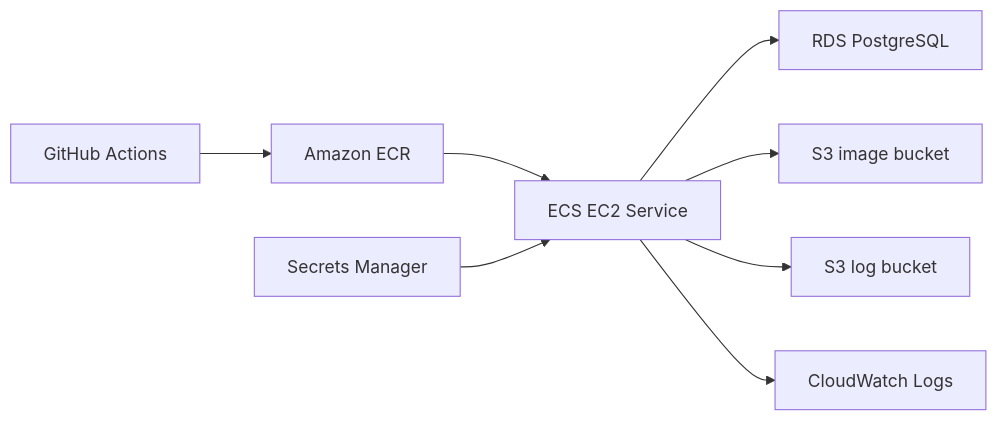
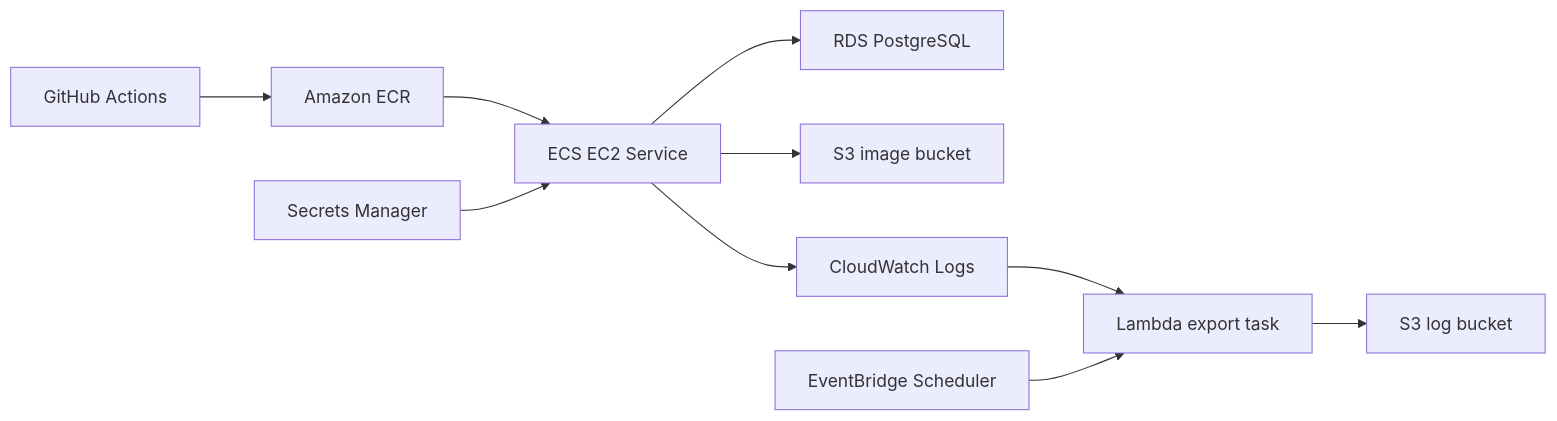
Before and after one commit to sprint-sb09-part03-team02/sb09-deokhugam-team02: the diagram in deokhugam/docs/AWS_DEPLOYMENT.md, drawn with Mermaid. The commit also changed other lines of this file and 12 other files, not shown here.

````diff
--- a/deokhugam/docs/AWS_DEPLOYMENT.md
+++ b/deokhugam/docs/AWS_DEPLOYMENT.md
@@ -7,10 +7,12 @@
 ```mermaid
 flowchart LR
   GH["GitHub Actions"] --> ECR["Amazon ECR"]
   ECR --> ECS["ECS EC2 Service"]
   ECS --> RDS["RDS PostgreSQL"]
   ECS --> S3IMG["S3 image bucket"]
-  ECS --> S3LOG["S3 log bucket"]
   ECS --> CW["CloudWatch Logs"]
+  CW --> LAMBDA["Lambda export task"]
+  EVENT["EventBridge Scheduler"] --> LAMBDA
+  LAMBDA --> S3LOG["S3 log bucket"]
   SM["Secrets Manager"] --> ECS
 ```
````
